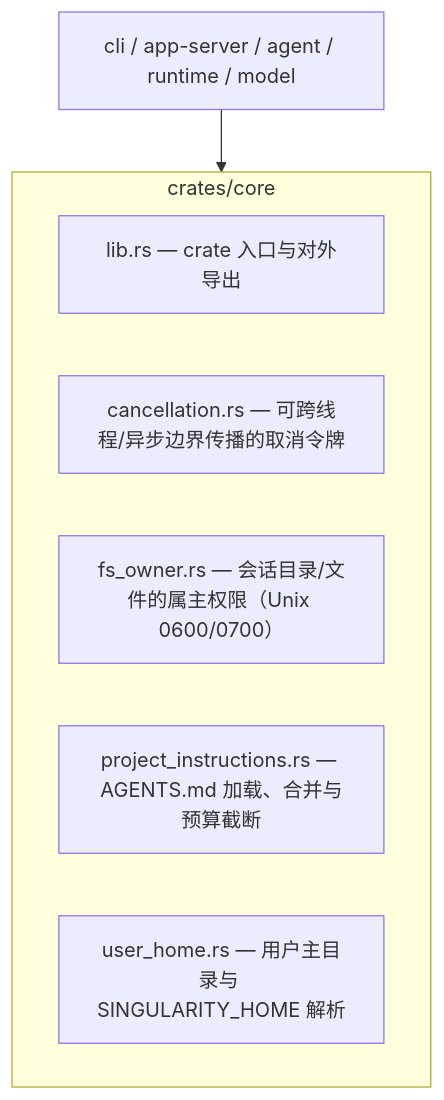
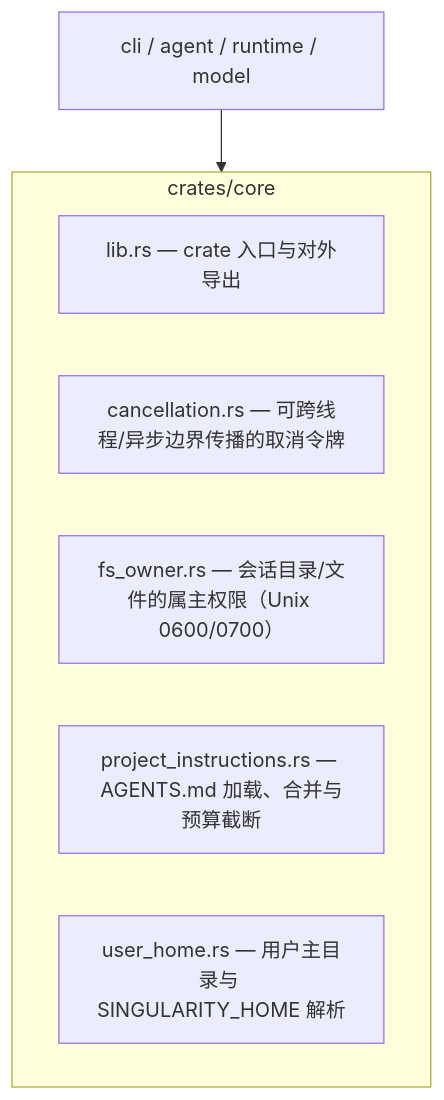
Before and after one commit to qjcnmd/singularity-agent: the third of 10 diagrams in docs/repository-map.md, drawn with Mermaid. The commit also changed other lines of this file and 63 other files, not shown here.

````diff
--- a/docs/repository-map.md
+++ b/docs/repository-map.md
@@ -50,11 +51,11 @@
 ```mermaid
 flowchart TD
     subgraph core["crates/core"]
         lib["lib.rs — crate 入口与对外导出"]
         cancellation["cancellation.rs — 可跨线程/异步边界传播的取消令牌"]
         fs_owner["fs_owner.rs — 会话目录/文件的属主权限（Unix 0600/0700）"]
         project_instructions["project_instructions.rs — AGENTS.md 加载、合并与预算截断"]
         user_home["user_home.rs — 用户主目录与 SINGULARITY_HOME 解析"]
     end
-    cli["cli / app-server / agent / runtime / model"] --> core
+    cli["cli / agent / runtime / model"] --> core
 ```
````
